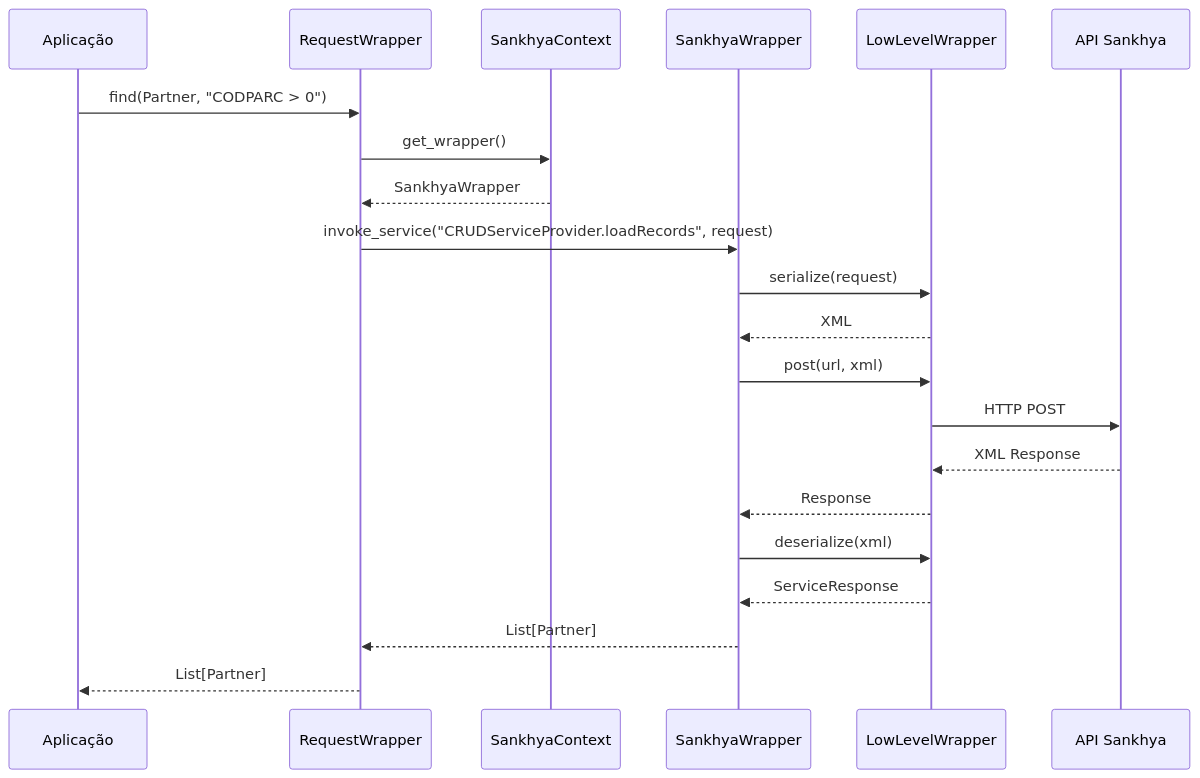
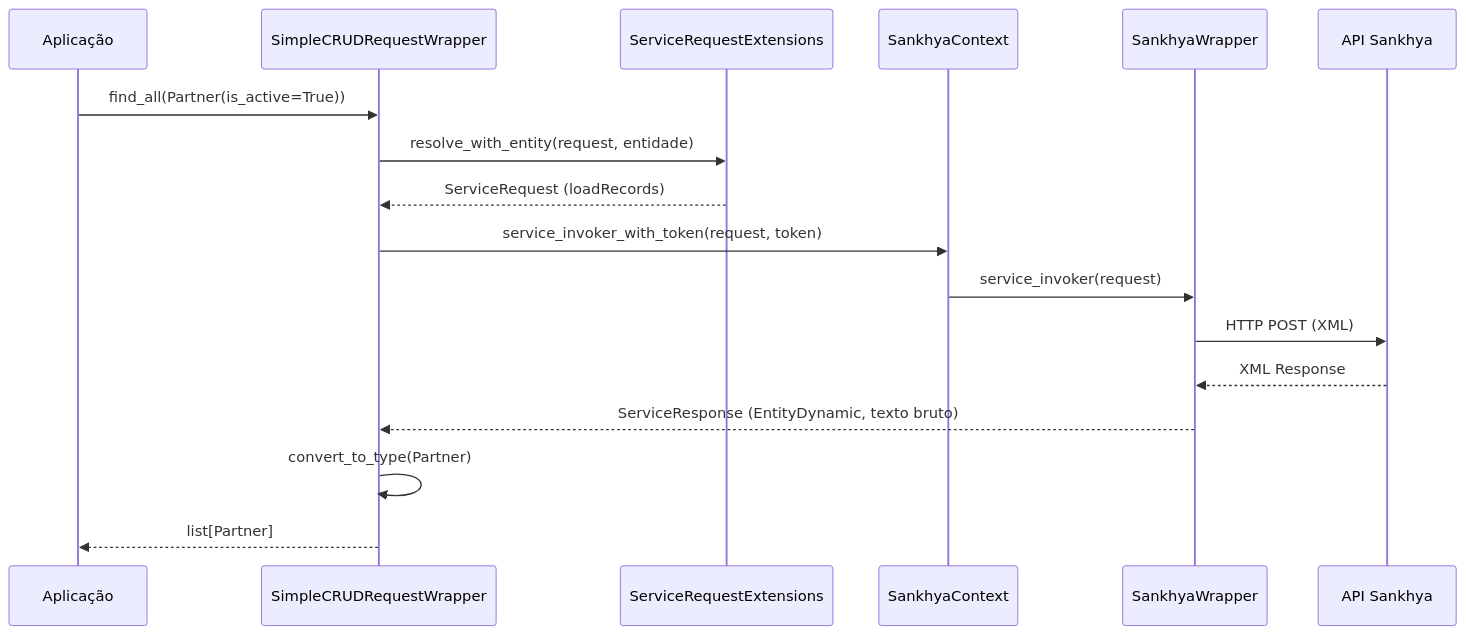
The fourth of 5 diagrams in docs/core-concepts/architecture.md (ssmvictor/Sankhya-SDK-python), drawn with Mermaid before and after one commit. The commit also changed other lines of this file, not shown here.

First line of the commit message:
docs(arquitetura): descrever retry linear e a api real das camadas

````diff
--- a/docs/core-concepts/architecture.md
+++ b/docs/core-concepts/architecture.md
@@ -171,24 +187,20 @@
 ```mermaid
 sequenceDiagram
     participant App as Aplicação
-    participant Wrapper as RequestWrapper
+    participant Wrapper as SimpleCRUDRequestWrapper
+    participant SRE as ServiceRequestExtensions
     participant Ctx as SankhyaContext
     participant SW as SankhyaWrapper
-    participant LLW as LowLevelWrapper
     participant API as API Sankhya
-    
-    App->>Wrapper: find(Partner, "CODPARC > 0")
-    Wrapper->>Ctx: get_wrapper()
-    Ctx-->>Wrapper: SankhyaWrapper
-    Wrapper->>SW: invoke_service("CRUDServiceProvider.loadRecords", request)
-    SW->>LLW: serialize(request)
-    LLW-->>SW: XML
-    SW->>LLW: post(url, xml)
-    LLW->>API: HTTP POST
-    API-->>LLW: XML Response
-    LLW-->>SW: Response
-    SW->>LLW: deserialize(xml)
-    LLW-->>SW: ServiceResponse
-    SW-->>Wrapper: List[Partner]
-    Wrapper-->>App: List[Partner]
+
+    App->>Wrapper: find_all(Partner(is_active=True))
+    Wrapper->>SRE: resolve_with_entity(request, entidade)
+    SRE-->>Wrapper: ServiceRequest (loadRecords)
+    Wrapper->>Ctx: service_invoker_with_token(request, token)
+    Ctx->>SW: service_invoker(request)
+    SW->>API: HTTP POST (XML)
+    API-->>SW: XML Response
+    SW-->>Wrapper: ServiceResponse (EntityDynamic, texto bruto)
+    Wrapper->>Wrapper: convert_to_type(Partner)
+    Wrapper-->>App: list[Partner]
 ```
````
